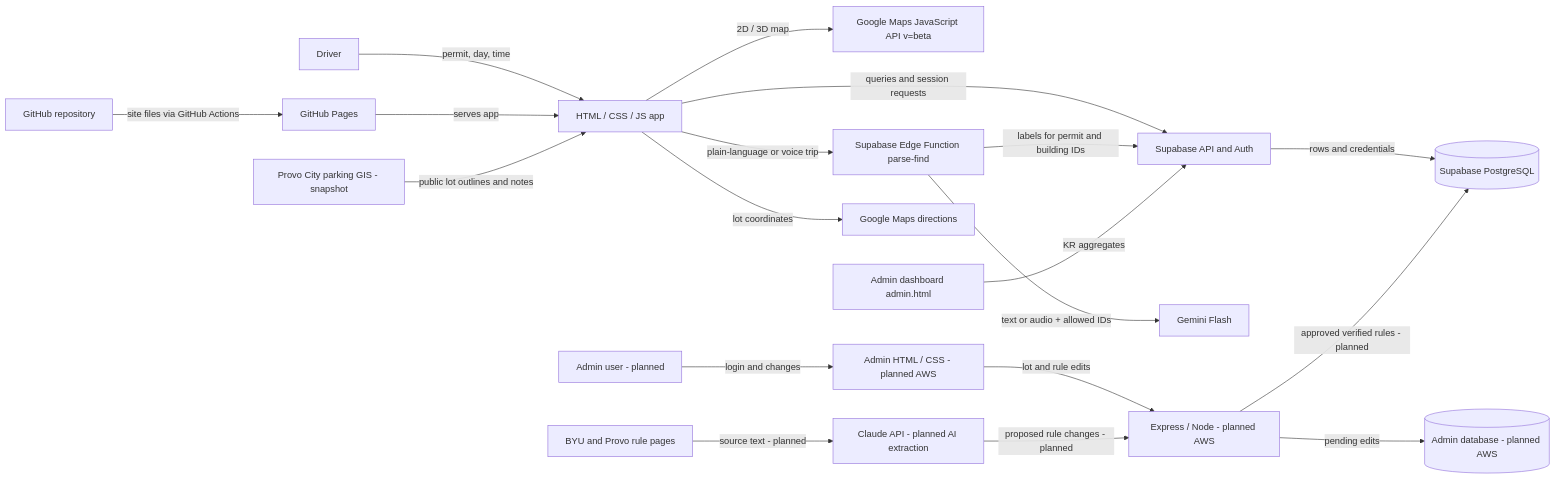
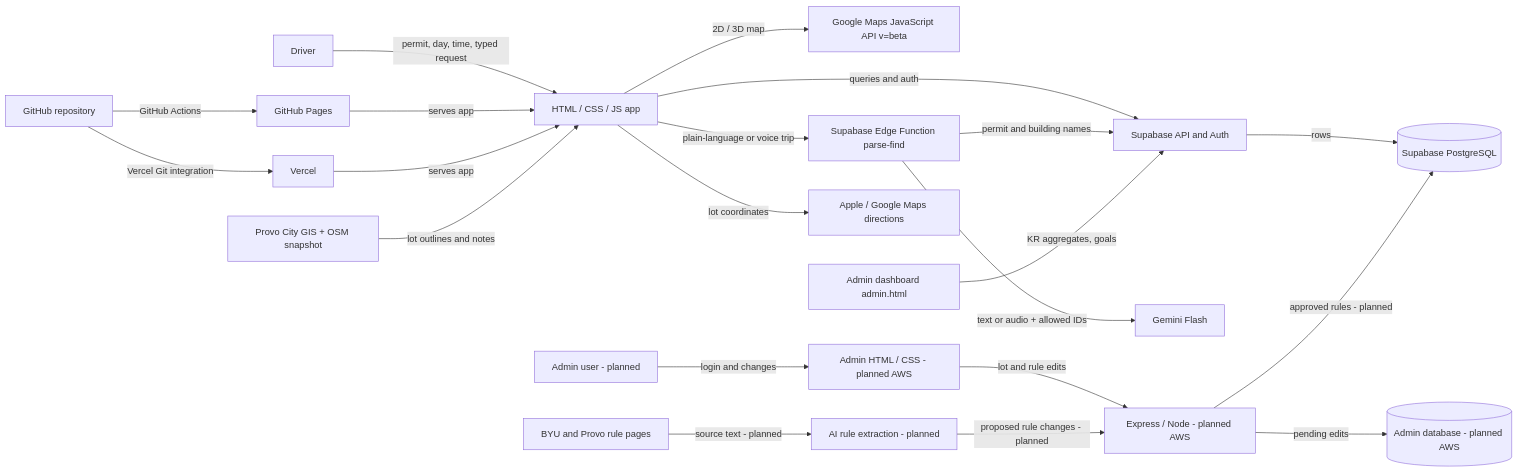
The first of 3 diagrams in README.md (ParkerMorris11/ProvoParking), drawn with Mermaid before and after one commit. The commit also changed other lines of this file, not shown here.

````diff
--- a/README.md
+++ b/README.md
@@ -194,21 +82,23 @@
 ```mermaid
 flowchart LR
-  U[Driver] -->|permit, day, time| UI[HTML / CSS / JS app]
-  GH[GitHub repository] -->|site files via GitHub Actions| P[GitHub Pages]
+  U[Driver] -->|permit, day, time, typed request| UI[HTML / CSS / JS app]
+  GH[GitHub repository] -->|GitHub Actions| P[GitHub Pages]
+  GH -->|Vercel Git integration| V[Vercel]
   P -->|serves app| UI
-  UI -->|queries and session requests| API[Supabase API and Auth]
-  API -->|rows and credentials| DB[(Supabase PostgreSQL)]
+  V -->|serves app| UI
+  UI -->|queries and auth| API[Supabase API and Auth]
+  API -->|rows| DB[(Supabase PostgreSQL)]
   UI -->|2D / 3D map| GMaps[Google Maps JavaScript API v=beta]
   UI -->|plain-language or voice trip| Parse[Supabase Edge Function parse-find]
   Parse -->|text or audio + allowed IDs| Gemini[Gemini Flash]
-  Parse -->|labels for permit and building IDs| API
-  CityGIS[Provo City parking GIS - snapshot] -->|public lot outlines and notes| UI
-  Admin[Admin dashboard admin.html] -->|KR aggregates| API
-  UI -->|lot coordinates| Maps[Google Maps directions]
+  Parse -->|permit and building names| API
+  CityGIS[Provo City GIS + OSM snapshot] -->|lot outlines and notes| UI
+  Admin[Admin dashboard admin.html] -->|KR aggregates, goals| API
+  UI -->|lot coordinates| Dir[Apple / Google Maps directions]
   A[Admin user - planned] -->|login and changes| WEB[Admin HTML / CSS - planned AWS]
   WEB -->|lot and rule edits| S[Express / Node - planned AWS]
   S -->|pending edits| AD[(Admin database - planned AWS)]
-  S -->|approved verified rules - planned| DB
-  Sources[BYU and Provo rule pages] -->|source text - planned| AI[Claude API - planned AI extraction]
+  S -->|approved rules - planned| DB
+  Sources[BYU and Provo rule pages] -->|source text - planned| AI[AI rule extraction - planned]
   AI -->|proposed rule changes - planned| S
 ```
````
